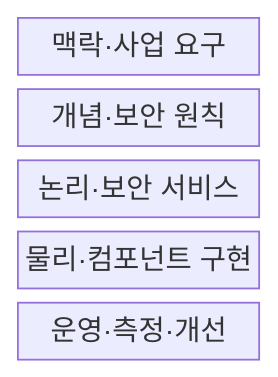
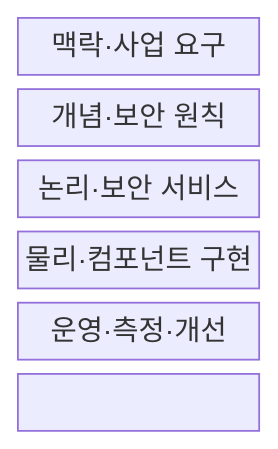
One commit to agnusdei1207/knowledge-base changed the first of 2 diagrams in src/content/docs/notes/05-security/139_sabsa_security_architecture.md. Above: the diagram before and after it, drawn with Mermaid. The commit also changed other lines of this file and 151 other files, not shown here.

````diff
--- a/src/content/docs/notes/05-security/139_sabsa_security_architecture.md
+++ b/src/content/docs/notes/05-security/139_sabsa_security_architecture.md
@@ -57,9 +57,11 @@
 ```mermaid
 block-beta
   columns 1
   C["맥락·사업 요구"]
   N["개념·보안 원칙"]
   L["논리·보안 서비스"]
   P["물리·컴포넌트 구현"]
   O["운영·측정·개선"]
+  C --- N --- L
+  L --- P --- O
 ```
````
